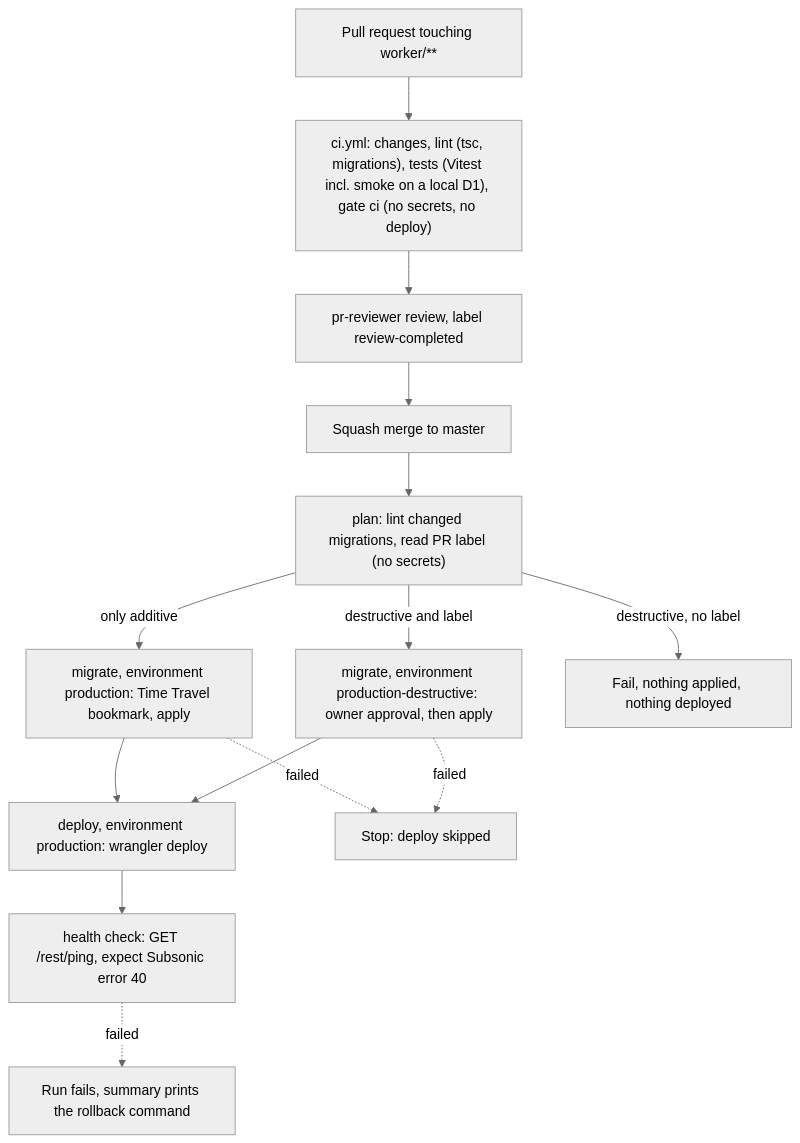
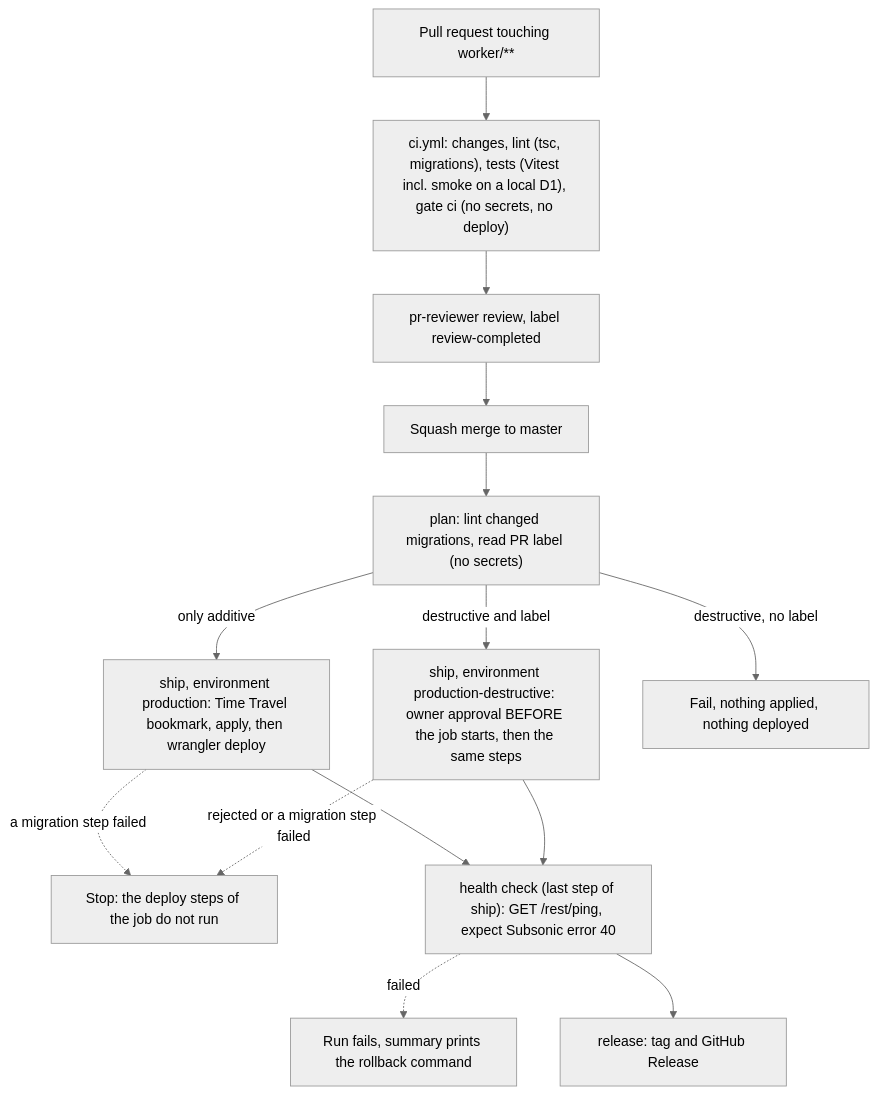
One commit to kolenkainc/cowlic changed the diagram in docs/worker-cicd.md. Above: the diagram before and after it, drawn with Mermaid (neutral theme). The commit also changed other lines of this file and 9 other files, not shown here.

First line of the commit message:
ci: combine migrate and deploy into one ship job (plan, ship, release) (#321)

````diff
--- a/docs/worker-cicd.md
+++ b/docs/worker-cicd.md
@@ -24,16 +24,16 @@
 ```mermaid
 flowchart TD
   PR[Pull request touching worker/**] --> CI["ci.yml: changes, lint (tsc, migrations), tests (Vitest incl. smoke on a local D1), gate ci (no secrets, no deploy)"]
   CI --> REV[pr-reviewer review, label review-completed]
   REV --> MERGE[Squash merge to master]
   MERGE --> PLAN["plan: lint changed migrations, read PR label (no secrets)"]
-  PLAN -->|only additive| MIG["migrate, environment production: Time Travel bookmark, apply"]
-  PLAN -->|destructive and label| MIGD["migrate, environment production-destructive: owner approval, then apply"]
+  PLAN -->|only additive| SHIP["ship, environment production: Time Travel bookmark, apply, then wrangler deploy"]
+  PLAN -->|destructive and label| SHIPD["ship, environment production-destructive: owner approval BEFORE the job starts, then the same steps"]
   PLAN -->|destructive, no label| FAIL1[Fail, nothing applied, nothing deployed]
-  MIG --> DEP["deploy, environment production: wrangler deploy"]
-  MIGD --> DEP
-  MIG -. failed .-> STOP[Stop: deploy skipped]
-  MIGD -. failed .-> STOP
-  DEP --> HC["health check: GET /rest/ping, expect Subsonic error 40"]
+  SHIP -. a migration step failed .-> STOP[Stop: the deploy steps of the job do not run]
+  SHIPD -. rejected or a migration step failed .-> STOP
+  SHIP --> HC["health check (last step of ship): GET /rest/ping, expect Subsonic error 40"]
+  SHIPD --> HC
   HC -. failed .-> RB[Run fails, summary prints the rollback command]
+  HC --> REL[release: tag and GitHub Release]
 ```
````
